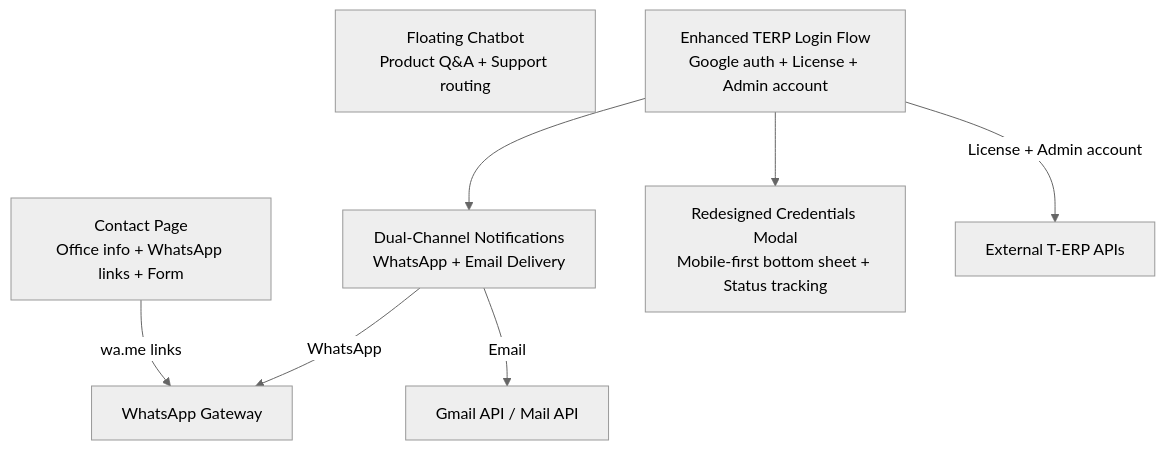
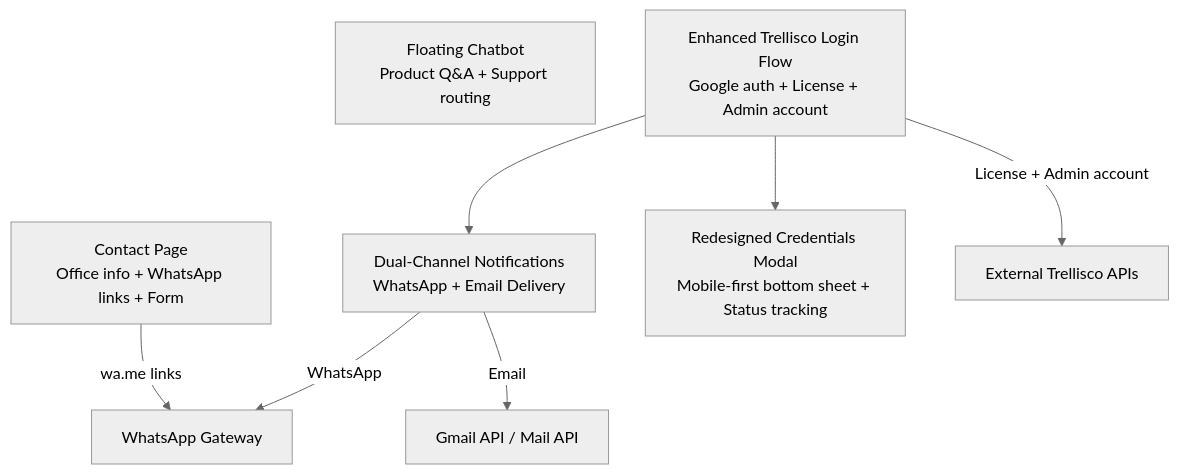
One commit to imcbsglobal/TRELLISCO_ERP_FRONTEND changed the first of 8 diagrams in .qoder/repowiki/en/content/Public Website Features/Contact Integration.md. Above: the diagram before and after it, drawn with Mermaid (neutral theme). The commit also changed other lines of this file and 11 other files, not shown here.

````diff
--- a/.qoder/repowiki/en/content/Public Website Features/Contact Integration.md
+++ b/.qoder/repowiki/en/content/Public Website Features/Contact Integration.md
@@ -56,14 +56,14 @@
 ```mermaid
 graph TB
 ContactPage["Contact Page<br/>Office info + WhatsApp links + Form"]
 Chatbot["Floating Chatbot<br/>Product Q&A + Support routing"]
-TERPLogin["Enhanced TERP Login Flow<br/>Google auth + License + Admin account"]
+TERPLogin["Enhanced Trellisco Login Flow<br/>Google auth + License + Admin account"]
 Notifications["Dual-Channel Notifications<br/>WhatsApp + Email Delivery"]
 CredentialsModal["Redesigned Credentials Modal<br/>Mobile-first bottom sheet + Status tracking"]
 ContactPage --> |"wa.me links"| WhatsAppGateway["WhatsApp Gateway"]
-TERPLogin --> |"License + Admin account"| ExternalAPIs["External T-ERP APIs"]
+TERPLogin --> |"License + Admin account"| ExternalAPIs["External Trellisco APIs"]
 TERPLogin --> Notifications
 Notifications --> |"WhatsApp"| WhatsAppGateway
 Notifications --> |"Email"| GmailAPI["Gmail API / Mail API"]
 TERPLogin --> CredentialsModal
 ```
````
